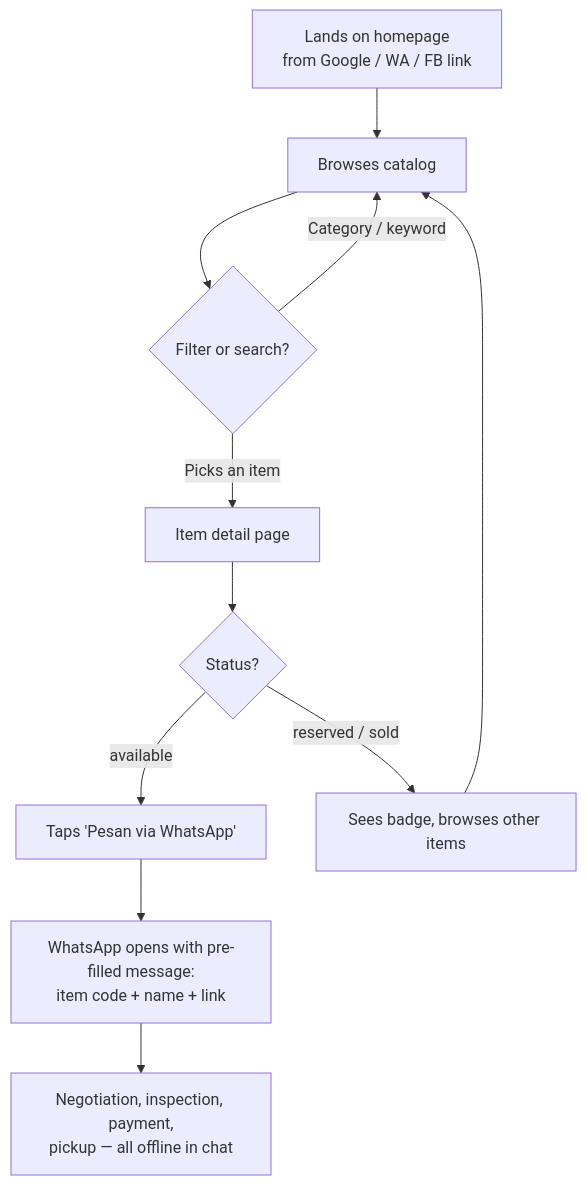
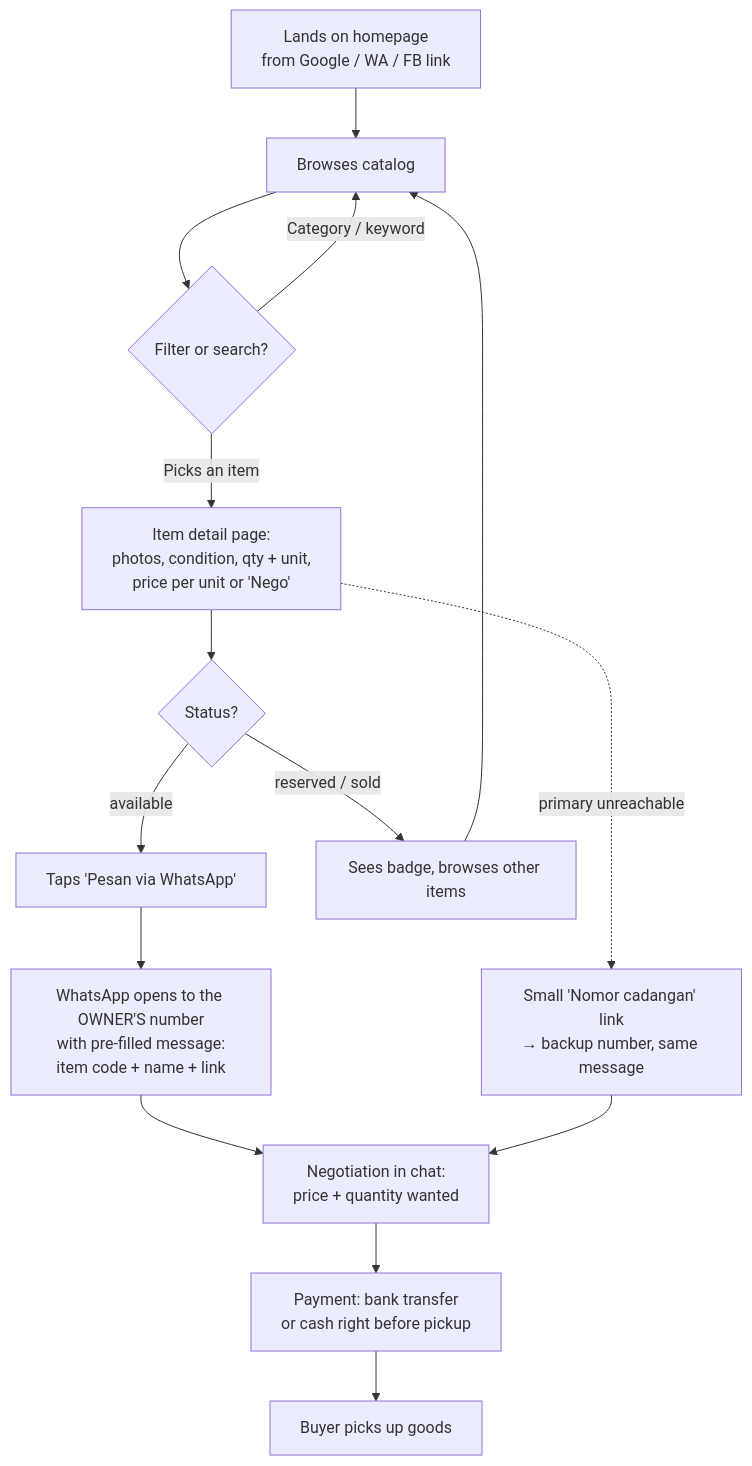
Before and after one commit to alpinnbtk/SisaBangun: the first of 3 diagrams in docs/flows.md, drawn with Mermaid. The commit also changed other lines of this file and 3 other files, not shown here.

Commit message:
docs: add requirements and journal, update flows and erd from owner interview

````diff
--- a/docs/flows.md
+++ b/docs/flows.md
@@ -5,13 +7,17 @@
 ```mermaid
 flowchart TD
     A[Lands on homepage<br/>from Google / WA / FB link] --> B[Browses catalog]
     B --> C{Filter or search?}
     C -->|Category / keyword| B
-    C -->|Picks an item| D[Item detail page]
+    C -->|Picks an item| D[Item detail page:<br/>photos, condition, qty + unit,<br/>price per unit or 'Nego']
     D --> E{Status?}
     E -->|available| F[Taps 'Pesan via WhatsApp']
     E -->|reserved / sold| G[Sees badge, browses other items]
     G --> B
-    F --> H[WhatsApp opens with pre-filled message:<br/>item code + name + link]
-    H --> I[Negotiation, inspection, payment,<br/>pickup — all offline in chat]
+    F --> H[WhatsApp opens to the OWNER'S number<br/>with pre-filled message:<br/>item code + name + link]
+    D -. primary unreachable .-> H2[Small 'Nomor cadangan' link<br/>→ backup number, same message]
+    H --> I[Negotiation in chat:<br/>price + quantity wanted]
+    H2 --> I
+    I --> J[Payment: bank transfer<br/>or cash right before pickup]
+    J --> K[Buyer picks up goods]
 ```
````
